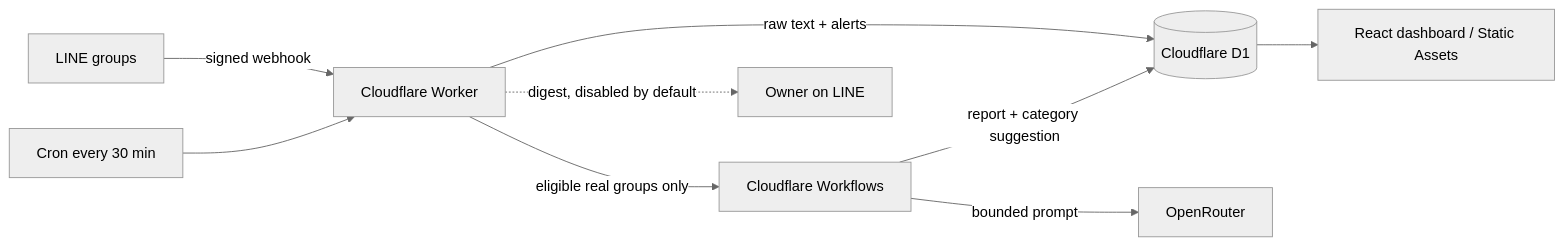
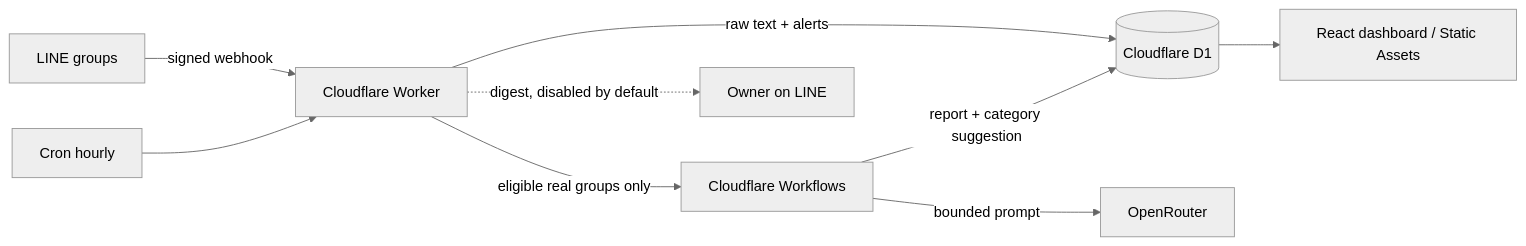
One commit to gobank01/line-secretary-cloudflare changed the diagram in README.md. Above: the diagram before and after it, drawn with Mermaid (neutral theme). The commit also changed other lines of this file and 2 other files, not shown here.

First line of the commit message:
config: hourly cron, dashboard as the sole owner channel

````diff
--- a/README.md
+++ b/README.md
@@ -16,11 +16,11 @@
 ```mermaid
 flowchart LR
   LINE[LINE groups] -->|signed webhook| W[Cloudflare Worker]
   W -->|raw text + alerts| D1[(Cloudflare D1)]
-  C[Cron every 30 min] --> W
+  C[Cron hourly] --> W
   W -->|eligible real groups only| WF[Cloudflare Workflows]
   WF -->|bounded prompt| OR[OpenRouter]
   WF -->|report + category suggestion| D1
   D1 --> UI[React dashboard / Static Assets]
   W -. digest, disabled by default .-> OWNER[Owner on LINE]
 ```
````
